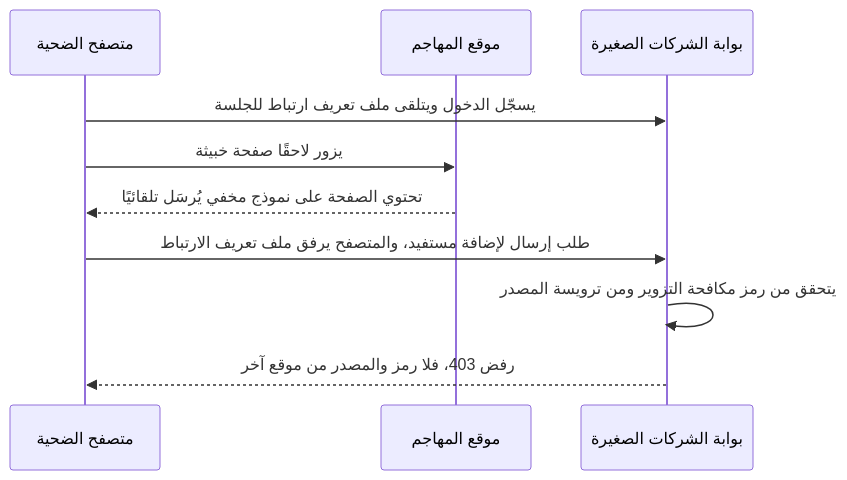
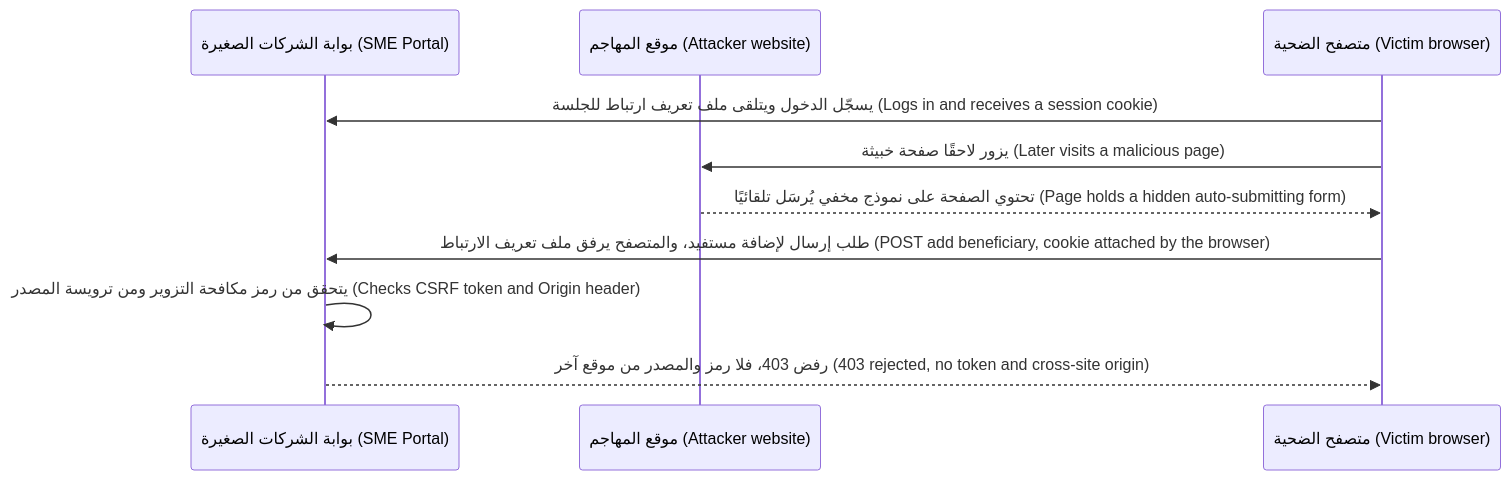
One commit to Tamoura/system-design-for-vibe-coders changed the second of 3 diagrams in secai/modules/02-web.ar.md. Above: the diagram before and after it, drawn with Mermaid. The commit also changed other lines of this file and 11 other files, not shown here.

First line of the commit message:
Security course: Arabic modules 10–11 reviewed; RTL diagrams with English labels for modules 0–11

````diff
--- a/secai/modules/02-web.ar.md
+++ b/secai/modules/02-web.ar.md
@@ -333,12 +333,12 @@
 ```mermaid
 sequenceDiagram
-    participant V as متصفح الضحية
-    participant E as موقع المهاجم
-    participant P as بوابة الشركات الصغيرة
-    V->>P: يسجّل الدخول ويتلقى ملف تعريف ارتباط للجلسة
-    V->>E: يزور لاحقًا صفحة خبيثة
-    E-->>V: تحتوي الصفحة على نموذج مخفي يُرسَل تلقائيًا
-    V->>P: طلب إرسال لإضافة مستفيد، والمتصفح يرفق ملف تعريف الارتباط
-    P->>P: يتحقق من رمز مكافحة التزوير ومن ترويسة المصدر
-    P-->>V: رفض 403، فلا رمز والمصدر من موقع آخر
+    participant P as بوابة الشركات الصغيرة (SME Portal)
+    participant E as موقع المهاجم (Attacker website)
+    participant V as متصفح الضحية (Victim browser)
+    V->>P: يسجّل الدخول ويتلقى ملف تعريف ارتباط للجلسة (Logs in and receives a session cookie)
+    V->>E: يزور لاحقًا صفحة خبيثة (Later visits a malicious page)
+    E-->>V: تحتوي الصفحة على نموذج مخفي يُرسَل تلقائيًا (Page holds a hidden auto-submitting form)
+    V->>P: طلب إرسال لإضافة مستفيد، والمتصفح يرفق ملف تعريف الارتباط (POST add beneficiary, cookie attached by the browser)
+    P->>P: يتحقق من رمز مكافحة التزوير ومن ترويسة المصدر (Checks CSRF token and Origin header)
+    P-->>V: رفض 403، فلا رمز والمصدر من موقع آخر (403 rejected, no token and cross-site origin)
 ```
````
